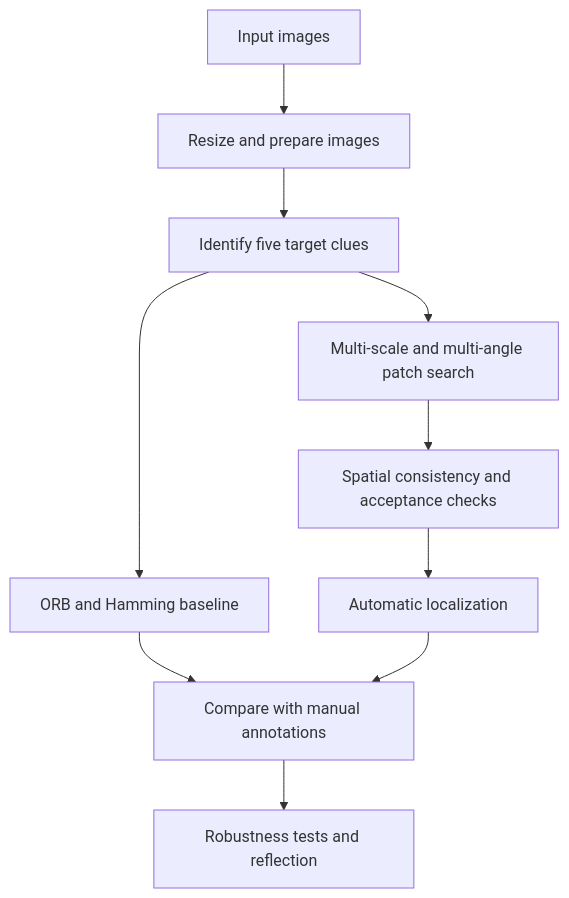
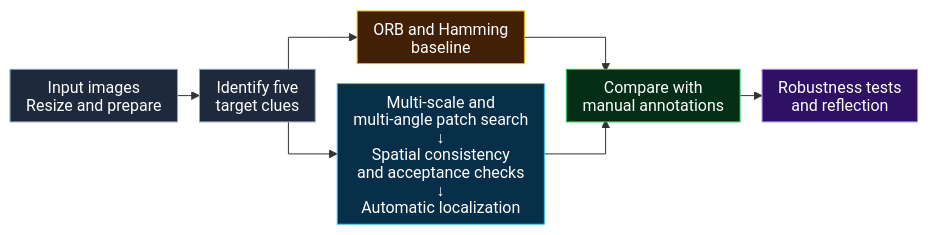
Before and after one commit to AbidQayyumBaharuddin/Digital-Detective-Challenge-Feature-Extraction: the diagram in README.md, drawn with Mermaid.

Commit message:
docs: Refine right-side pipeline arrow routing

````diff
--- a/README.md
+++ b/README.md
@@ -37,12 +37,26 @@
 ```mermaid
-flowchart TD
-    A[Input images] --> B[Resize and prepare images]
-    B --> C[Identify five target clues]
-    C --> D[ORB and Hamming baseline]
-    C --> E[Multi-scale and multi-angle patch search]
-    E --> F[Spatial consistency and acceptance checks]
-    F --> G[Automatic localization]
-    D --> H[Compare with manual annotations]
-    G --> H
-    H --> I[Robustness tests and reflection]
+%%{init: {"htmlLabels": false, "flowchart": {"nodeSpacing": 20, "rankSpacing": 22, "padding": 8, "curve": "stepBefore"}}}%%
+flowchart LR
+    A["Input images<br/>Resize and prepare"] --> B["Identify five<br/>target clues"]
+
+    B --> C["ORB and Hamming<br/>baseline"]
+    B --> D["Multi-scale and<br/>multi-angle patch search<br/>↓<br/>Spatial consistency<br/>and acceptance checks<br/>↓<br/>Automatic localization"]
+
+    C --> E["Compare with<br/>manual annotations"]
+    D --> E
+    E --> F["Robustness tests<br/>and reflection"]
+
+    classDef preparation fill:#1e293b,stroke:#94a3b8,color:#ffffff;
+    classDef baseline fill:#422006,stroke:#eab308,color:#ffffff;
+    classDef improved fill:#082f49,stroke:#38bdf8,color:#ffffff;
+    classDef evaluation fill:#052e16,stroke:#22c55e,color:#ffffff;
+    classDef reflection fill:#2e1065,stroke:#a78bfa,color:#ffffff;
+
+    class A,B preparation;
+    class C baseline;
+    class D improved;
+    class E evaluation;
+    class F reflection;
+
+    linkStyle 3,4 interpolate stepAfter;
 ```
````
